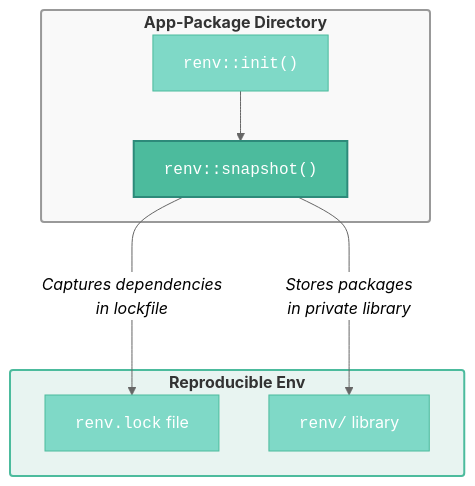
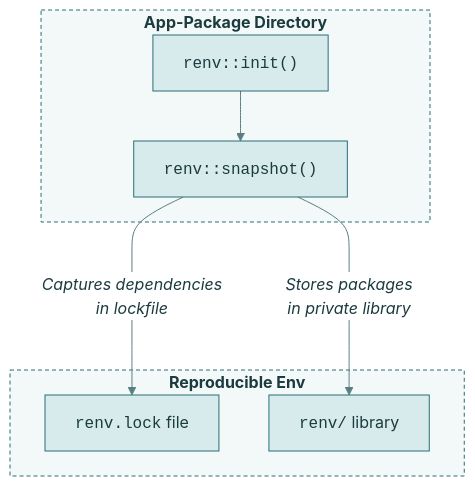
One commit to mjfrigaard/shiny-app-pkgs changed the first of 4 diagrams in dependencies.qmd. Above: the diagram before and after it, drawn with Mermaid. The commit also changed other lines of this file and 22 other files, not shown here.

First line of the commit message:
Standardize mermaid diagrams on the site teal palette

````diff
--- a/dependencies.qmd
+++ b/dependencies.qmd
@@ -163,24 +163,25 @@
 ```{mermaid}
 %%| fig-cap: 'Project level dependencies with renv'
 %%| fig-align: center
-%%{init: {'theme': 'neutral', 'themeVariables': { 'fontFamily': 'monospace', "fontSize":"16px"}}}%%
+%%{init: {'theme': 'base', 'themeVariables': { 'fontFamily': 'monospace', "fontSize":"16px", "primaryColor":"#D7EBEC", "primaryTextColor":"#1B3B3F", "primaryBorderColor":"#2A6F77", "lineColor":"#5A7F83", "edgeLabelBackground":"#FFFFFF", "clusterBkg":"#F3F8F8", "clusterBorder":"#2A6F77", "darkMode":false}}}%%
 flowchart TD
     subgraph Dir["<strong>App-Package Directory</strong>"]
         Init["<code>renv::init()</code>"]
         Snap["<code>renv::snapshot()</code>"]
     end
     subgraph RepEnv["<strong>Reproducible Env</strong>"]
         Lock["<code>renv.lock</code> file"]
         Lib["<code>renv/</code> library"]
     end
     Init --> Snap
     Snap --"<em>Captures dependencies<br>in lockfile</em>"---> Lock
     Snap --"<em>Stores packages<br>in private library</em>"---> Lib
 
-    style Dir fill:#f9f9f9,stroke:#999,stroke-width:2px,rx:3,ry:3
-    style RepEnv fill:#e8f4f1,stroke:#4CBB9D,stroke-width:2px,rx:3,ry:3
-    style Init fill:#7fd9c7,color:#fff,stroke:#4CBB9D,stroke-width:1px
-    style Snap fill:#4CBB9D,color:#fff,stroke:#2d8a7a,stroke-width:2px
-    style Lock fill:#7fd9c7,color:#fff,stroke:#4CBB9D,stroke-width:1px
-    style Lib fill:#7fd9c7,color:#fff,stroke:#4CBB9D,stroke-width:1px
+    classDef term fill:#2A6F77,color:#FFFFFF,stroke:#1B4F55,stroke-width:1px
+    classDef step fill:#D7EBEC,color:#1B3B3F,stroke:#2A6F77,stroke-width:1px
+    classDef decision fill:#F4C26B,color:#3D2A00,stroke:#B7832B,stroke-width:1px
+    classDef io fill:#FFFFFF,color:#1B3B3F,stroke:#2A6F77,stroke-width:1px
+    class Init,Snap,Lock,Lib step
+    style Dir fill:#F3F8F8,color:#1B3B3F,stroke:#2A6F77,stroke-width:1px,stroke-dasharray:4 3
+    style RepEnv fill:#F3F8F8,color:#1B3B3F,stroke:#2A6F77,stroke-width:1px,stroke-dasharray:4 3
 ```
````
